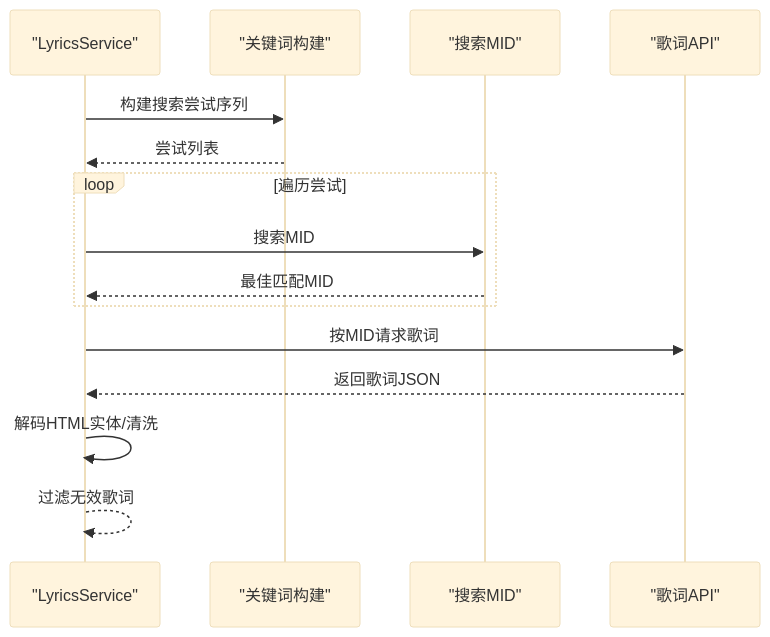
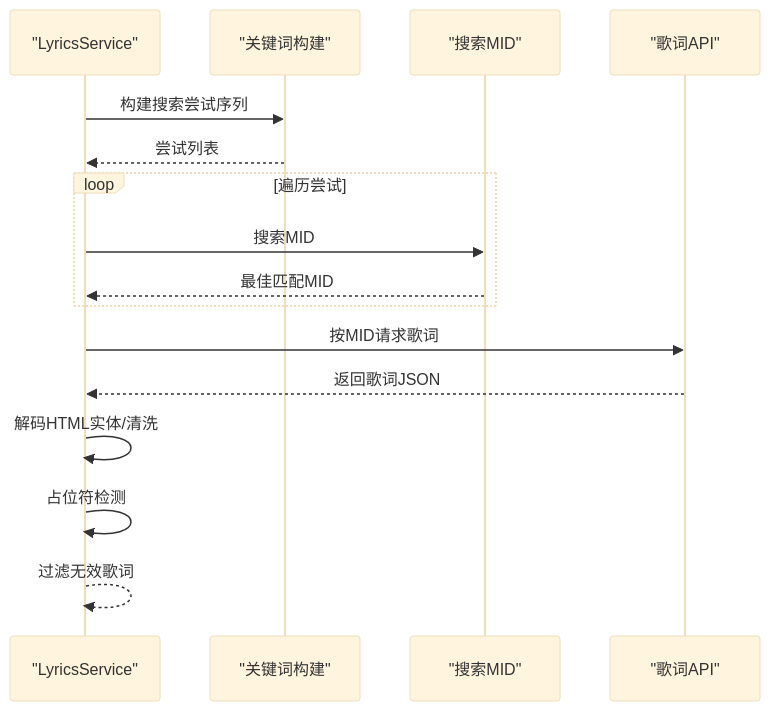
One commit to SeakyLuo/SMPlayerElectron changed the seventh of 10 diagrams in .qoder/repowiki/zh/content/核心模块/主进程服务模块/歌词服务.md. Above: the diagram before and after it, drawn with Mermaid (base theme). The commit also changed other lines of this file and 13 other files, not shown here.

````diff
--- a/.qoder/repowiki/zh/content/核心模块/主进程服务模块/歌词服务.md
+++ b/.qoder/repowiki/zh/content/核心模块/主进程服务模块/歌词服务.md
@@ -223,17 +280,18 @@
 ```mermaid
 sequenceDiagram
 participant S as "LyricsService"
 participant Q as "关键词构建"
 participant M as "搜索MID"
 participant API as "歌词API"
 S->>Q : 构建搜索尝试序列
 Q-->>S : 尝试列表
 loop 遍历尝试
 S->>M : 搜索MID
 M-->>S : 最佳匹配MID
 end
 S->>API : 按MID请求歌词
 API-->>S : 返回歌词JSON
 S->>S : 解码HTML实体/清洗
+S->>S : 占位符检测
 S-->>S : 过滤无效歌词
 ```
````
